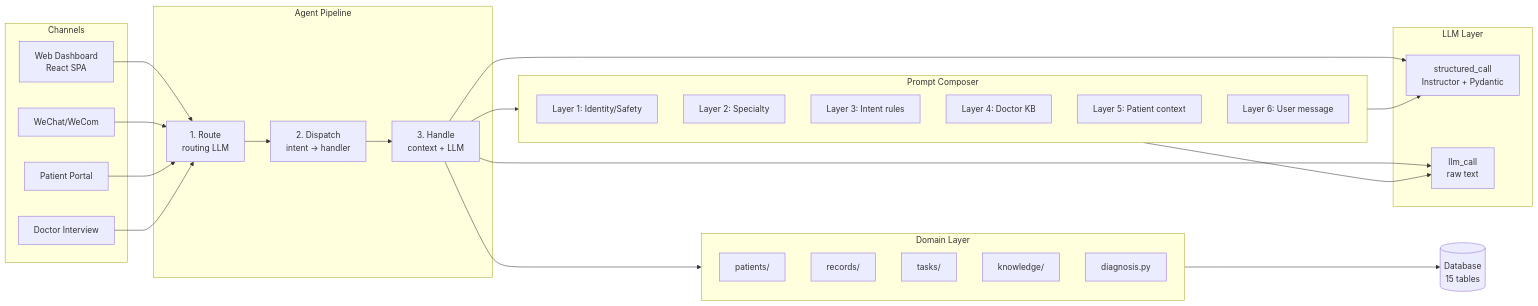
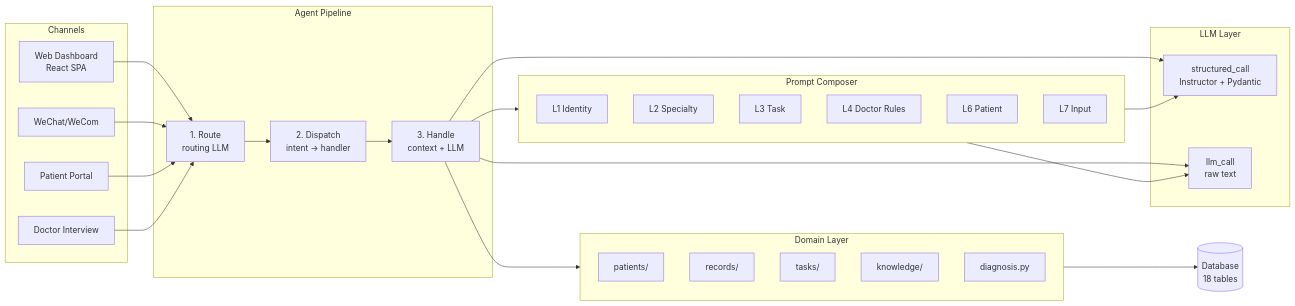
One commit to moments8890/doctor-ai-agent changed the first of 11 diagrams in docs/architecture.md. Above: the diagram before and after it, drawn with Mermaid. The commit also changed other lines of this file and 215 other files, not shown here.

````diff
--- a/docs/architecture.md
+++ b/docs/architecture.md
@@ -34,54 +34,54 @@
 ```mermaid
 graph LR
     subgraph Channels
         WEB[Web Dashboard<br/>React SPA]
         WX[WeChat/WeCom]
         PT[Patient Portal]
         INT[Doctor Interview]
     end
 
     subgraph Agent["Agent Pipeline"]
         RT[1. Route<br/>routing LLM]
         DS[2. Dispatch<br/>intent -> handler]
         HN[3. Handle<br/>context + LLM]
     end
 
     subgraph LLM["LLM Layer"]
         SC[structured_call<br/>Instructor + Pydantic]
         LC[llm_call<br/>raw text]
     end
 
     WEB --> RT
     WX --> RT
     PT --> RT
     INT --> RT
     RT --> DS --> HN
     HN --> SC
     HN --> LC
 
     subgraph Compose["Prompt Composer"]
-        L1[Layer 1: Identity/Safety]
-        L2[Layer 2: Specialty]
-        L3[Layer 3: Intent rules]
-        L4[Layer 4: Doctor KB]
-        L5[Layer 5: Patient context]
-        L6[Layer 6: User message]
+        L1[L1 Identity]
+        L2[L2 Specialty]
+        L3[L3 Task]
+        L4[L4 Doctor Rules]
+        L6[L6 Patient]
+        L7[L7 Input]
     end
 
     HN --> Compose
     Compose --> SC
     Compose --> LC
 
     subgraph Domain["Domain Layer"]
         PAT[patients/]
         REC[records/]
         TSK[tasks/]
         KNW[knowledge/]
         DX[diagnosis.py]
     end
 
     HN --> Domain
 
-    DB[(Database<br/>15 tables)]
+    DB[(Database<br/>18 tables)]
     Domain --> DB
 ```
````
